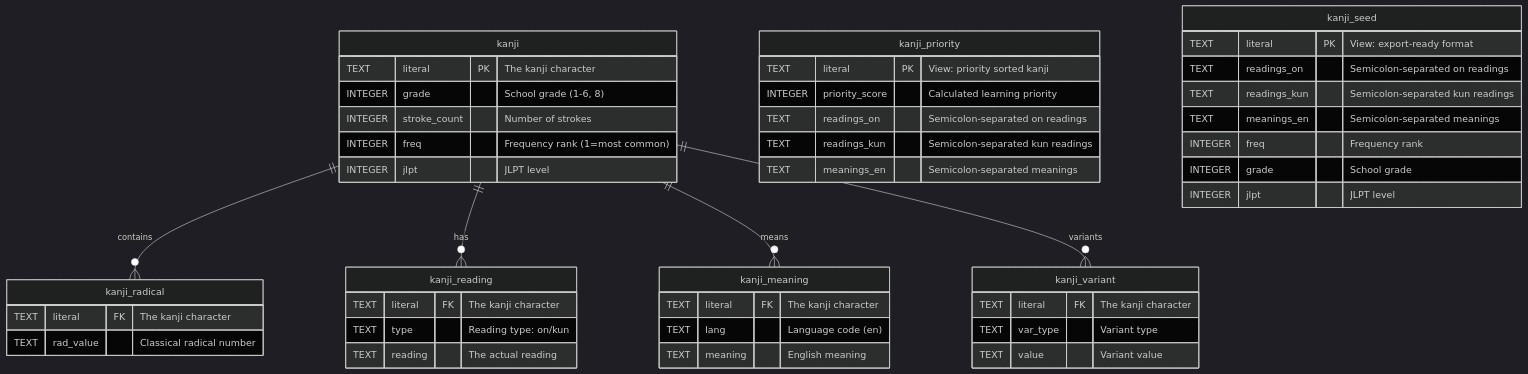
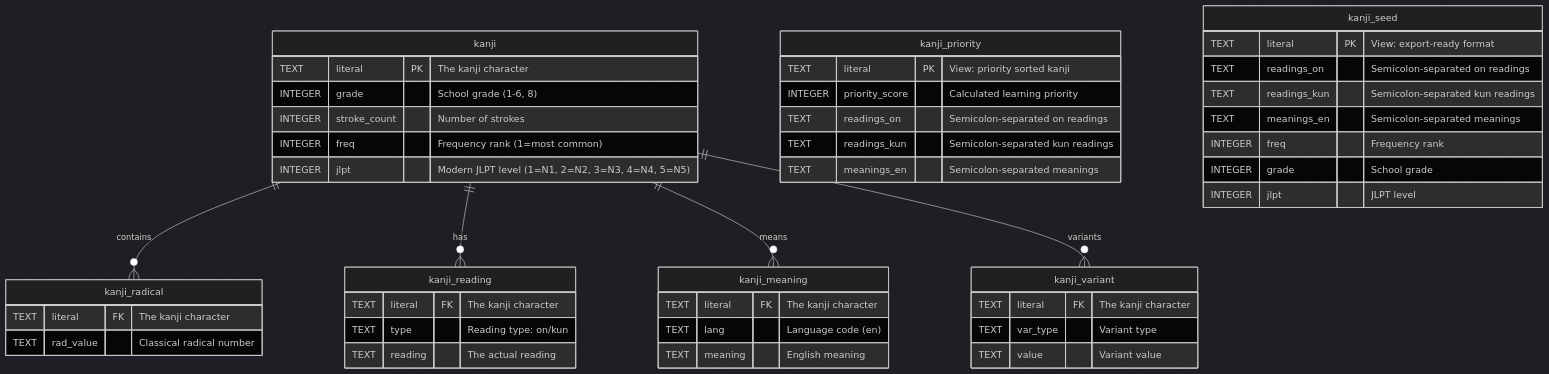
Before and after one commit to trygu/kanjidic2-sqlite-builder: the diagram in README.md, drawn with Mermaid (dark theme). The commit also changed other lines of this file, not shown here.

````diff
--- a/README.md
+++ b/README.md
@@ -53,56 +53,56 @@
 ```mermaid
 erDiagram
     kanji {
         TEXT literal PK "The kanji character"
         INTEGER grade "School grade (1-6, 8)"
         INTEGER stroke_count "Number of strokes"
         INTEGER freq "Frequency rank (1=most common)"
-        INTEGER jlpt "JLPT level"
+        INTEGER jlpt "Modern JLPT level (1=N1, 2=N2, 3=N3, 4=N4, 5=N5)"
     }
 
     kanji_radical {
         TEXT literal FK "The kanji character"
         TEXT rad_value "Classical radical number"
     }
 
     kanji_reading {
         TEXT literal FK "The kanji character"
         TEXT type "Reading type: on/kun"
         TEXT reading "The actual reading"
     }
 
     kanji_meaning {
         TEXT literal FK "The kanji character"
         TEXT lang "Language code (en)"
         TEXT meaning "English meaning"
     }
 
     kanji_variant {
         TEXT literal FK "The kanji character"
         TEXT var_type "Variant type"
         TEXT value "Variant value"
     }
 
     kanji_priority {
         TEXT literal PK "View: priority sorted kanji"
         INTEGER priority_score "Calculated learning priority"
         TEXT readings_on "Semicolon-separated on readings"
         TEXT readings_kun "Semicolon-separated kun readings"
         TEXT meanings_en "Semicolon-separated meanings"
     }
 
     kanji_seed {
         TEXT literal PK "View: export-ready format"
         TEXT readings_on "Semicolon-separated on readings"
         TEXT readings_kun "Semicolon-separated kun readings"
         TEXT meanings_en "Semicolon-separated meanings"
         INTEGER freq "Frequency rank"
         INTEGER grade "School grade"
         INTEGER jlpt "JLPT level"
     }
 
     kanji ||--o{ kanji_radical : contains
     kanji ||--o{ kanji_reading : has
     kanji ||--o{ kanji_meaning : means
     kanji ||--o{ kanji_variant : variants
 ```
````
